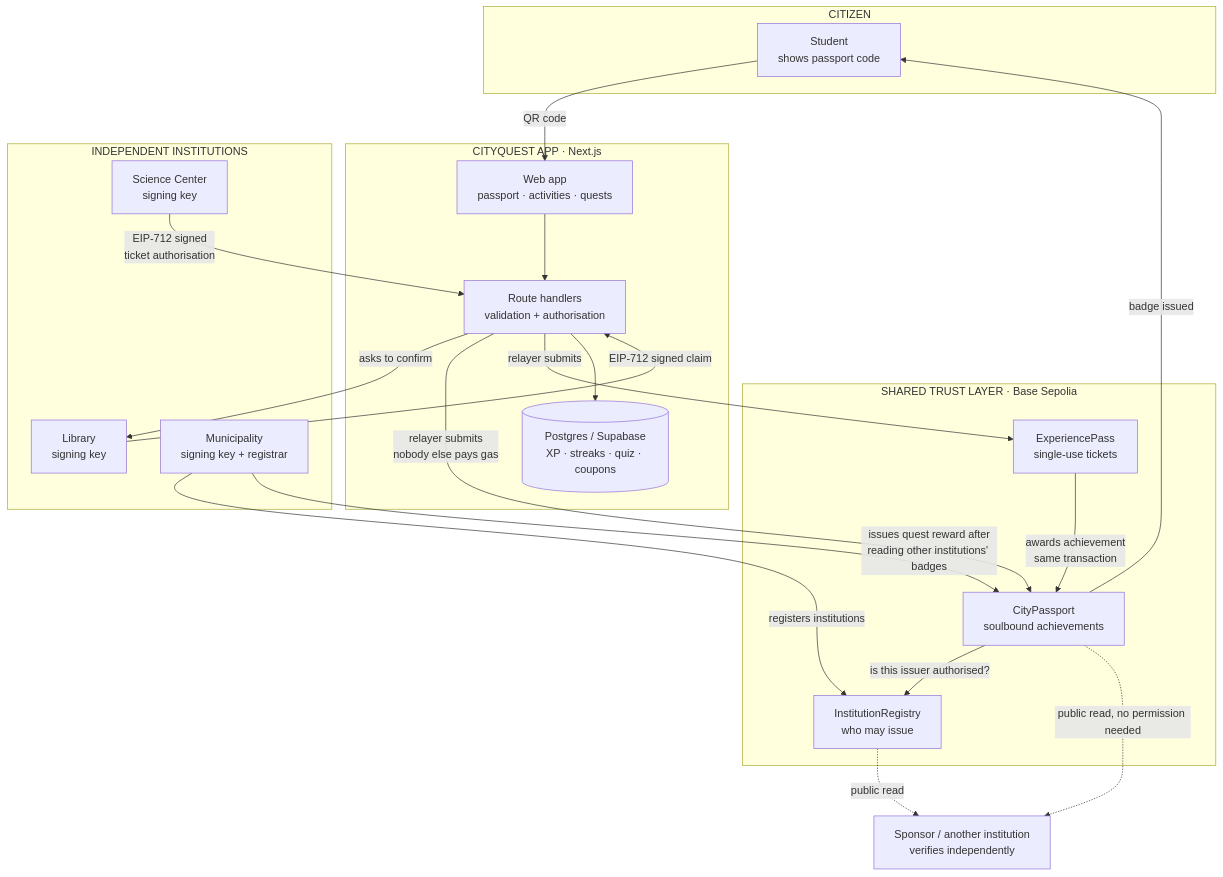
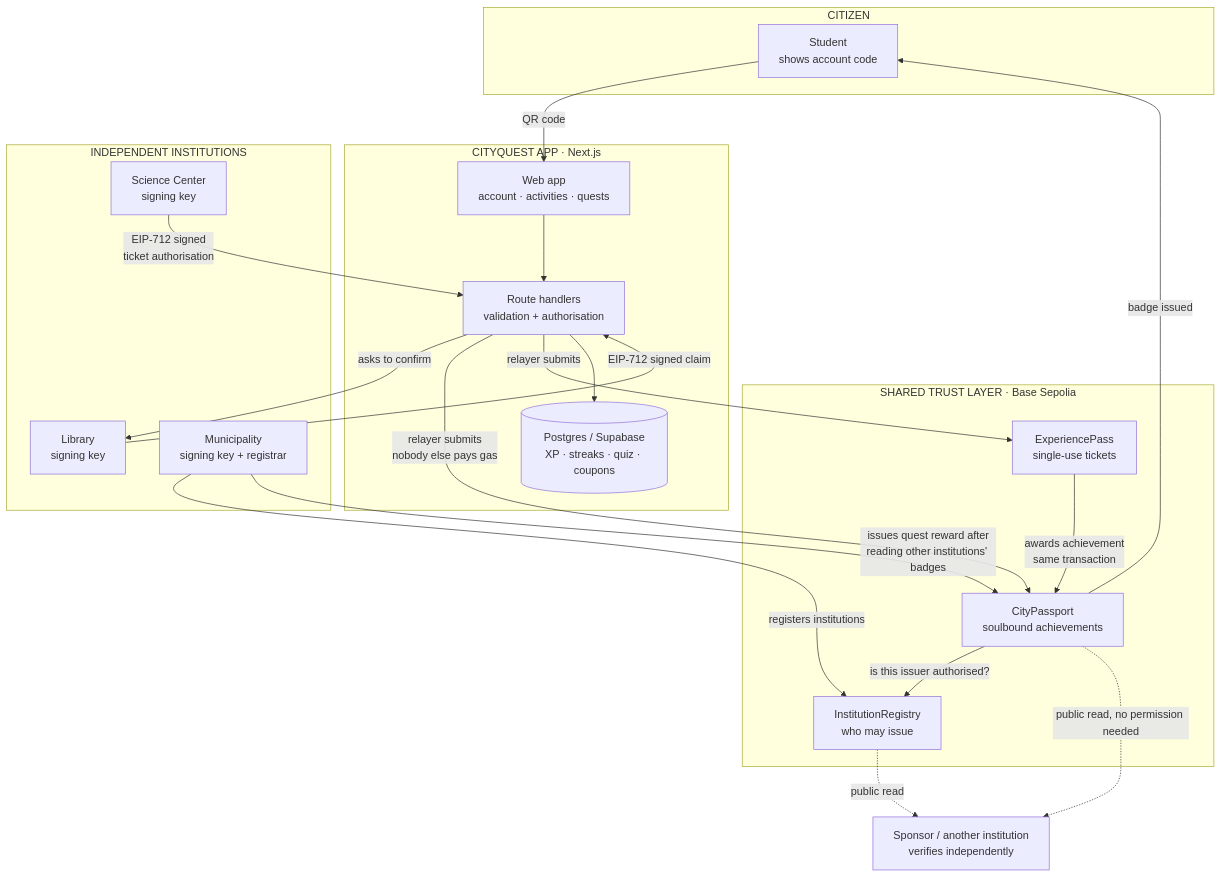
One commit to fatmanur38/city-quest changed the diagram in README.md. Above: the diagram before and after it, drawn with Mermaid. The commit also changed other lines of this file, not shown here.

````diff
--- a/README.md
+++ b/README.md
@@ -92,42 +100,42 @@
 ```mermaid
 flowchart TB
     subgraph citizen["CITIZEN"]
-        U["Student<br/>shows passport code"]
+        U["Student<br/>shows account code"]
     end
 
     subgraph app["CITYQUEST APP · Next.js"]
-        FE["Web app<br/>passport · activities · quests"]
+        FE["Web app<br/>account · activities · quests"]
         API["Route handlers<br/>validation + authorisation"]
         DB[("Postgres / Supabase<br/>XP · streaks · quiz · coupons")]
     end
 
     subgraph inst["INDEPENDENT INSTITUTIONS"]
         LIB["Library<br/>signing key"]
         SCI["Science Center<br/>signing key"]
         MUN["Municipality<br/>signing key + registrar"]
     end
 
     subgraph chain["SHARED TRUST LAYER · Base Sepolia"]
         REG["InstitutionRegistry<br/>who may issue"]
         PASS["CityPassport<br/>soulbound achievements"]
         TICK["ExperiencePass<br/>single-use tickets"]
     end
 
     SPONSOR["Sponsor / another institution<br/>verifies independently"]
 
     U -->|"QR code"| FE
     FE --> API
     API -->|"asks to confirm"| LIB
     LIB -->|"EIP-712 signed claim"| API
     API -->|"relayer submits<br/>nobody else pays gas"| PASS
     API -->|"relayer submits"| TICK
     PASS -->|"is this issuer authorised?"| REG
     PASS -->|"badge issued"| U
     SCI -->|"EIP-712 signed<br/>ticket authorisation"| API
     TICK -->|"awards achievement<br/>same transaction"| PASS
     MUN -->|"registers institutions"| REG
     MUN -->|"issues quest reward after<br/>reading other institutions' badges"| PASS
     API --> DB
     PASS -.->|"public read, no permission needed"| SPONSOR
     REG -.->|"public read"| SPONSOR
 ```
````
